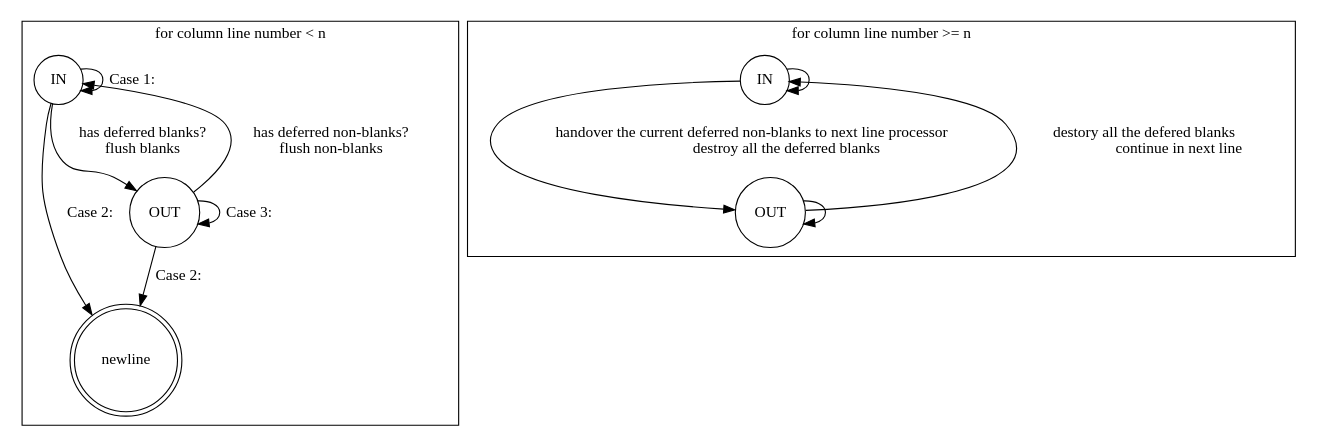
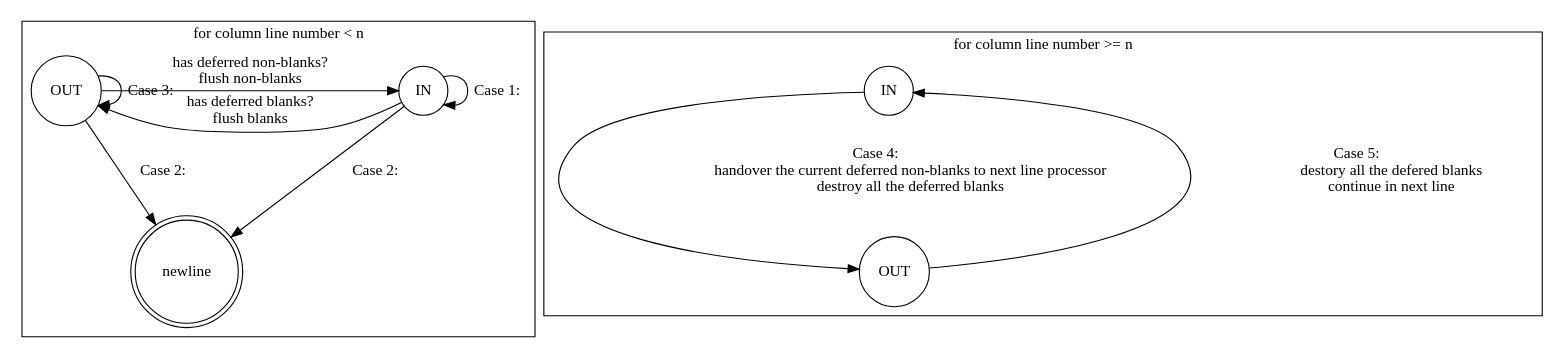
Before and after one commit to HyunggyuJang/The-C-programming-language-: the diagram in hacking_notebook.org, drawn with Graphviz. The commit also changed other lines of this file and 5 other files, not shown here.

```diff
--- a/hacking_notebook.org
+++ b/hacking_notebook.org
@@ -1841,26 +1841,26 @@
 #+BEGIN_SRC dot :exports results :file C_codes/ex1_22.png
 digraph G {
     subgraph cluster0 {
         node [shape = doublecircle, label="newline"] newline
         node [shape = circle, label="IN"] IN
         node [shape = circle, label="OUT"] OUT
-        IN -> OUT [label = "has deferred blanks?\nflush blanks"]
-        OUT -> IN [label = "has deferred non-blanks?\nflush non-blanks"]
+        IN -> OUT [label = "has deferred blanks?\nflush blanks", constraint = false]
+        OUT -> IN [label = "has deferred non-blanks?\nflush non-blanks", constraint = false]
         IN -> IN [label = "Case 1:"]
         OUT -> OUT [label = "Case 3:"]
         {IN, OUT} -> newline [label = "Case 2:"]
         label = "for column line number < n"
     }
     subgraph cluster1 {
         node [shape = circle, label="IN"] in
         node [shape = circle, label="OUT"] out
-        in -> out [label = "handover the current deferred non-blanks to next line processor
+        in -> out [label = "Case 4:
+                   handover the current deferred non-blanks to next line processor
                    destroy all the deferred blanks"]
-        out -> in [label = "destory all the defered blanks
+        out -> in [label = "Case 5:
+                   destory all the defered blanks
                    continue in next line"]
-        in -> in
-        out -> out
         label = "for column line number >= n"
     }
 }
 #+END_SRC
```
